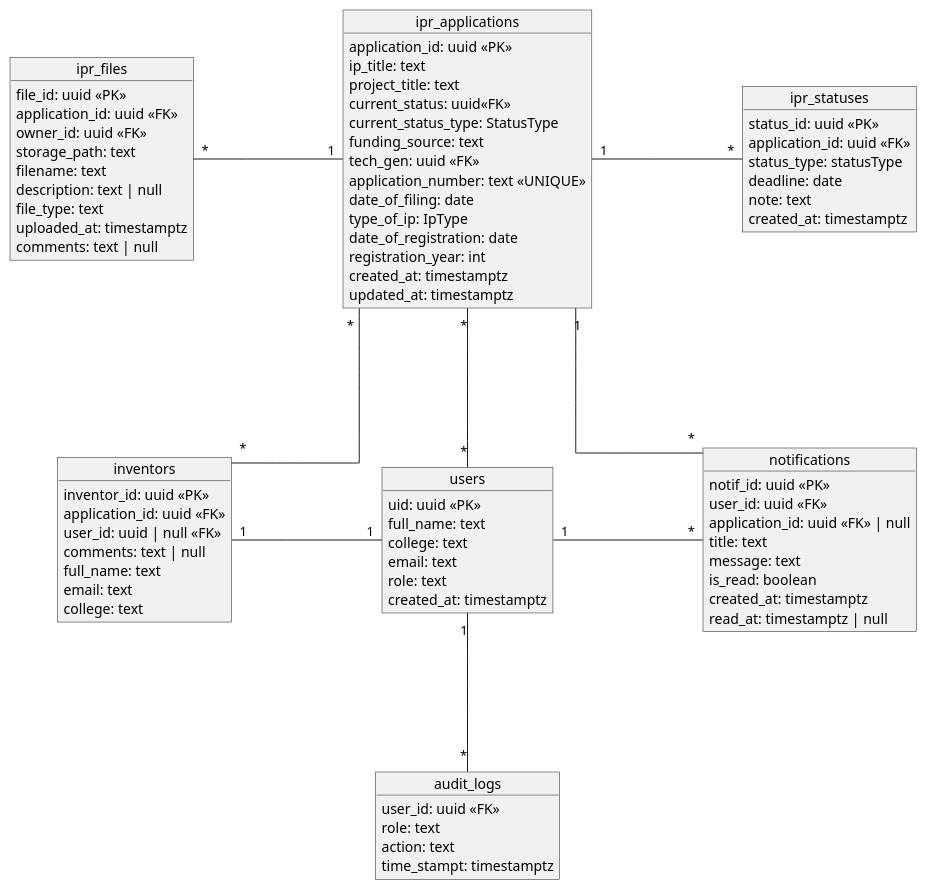
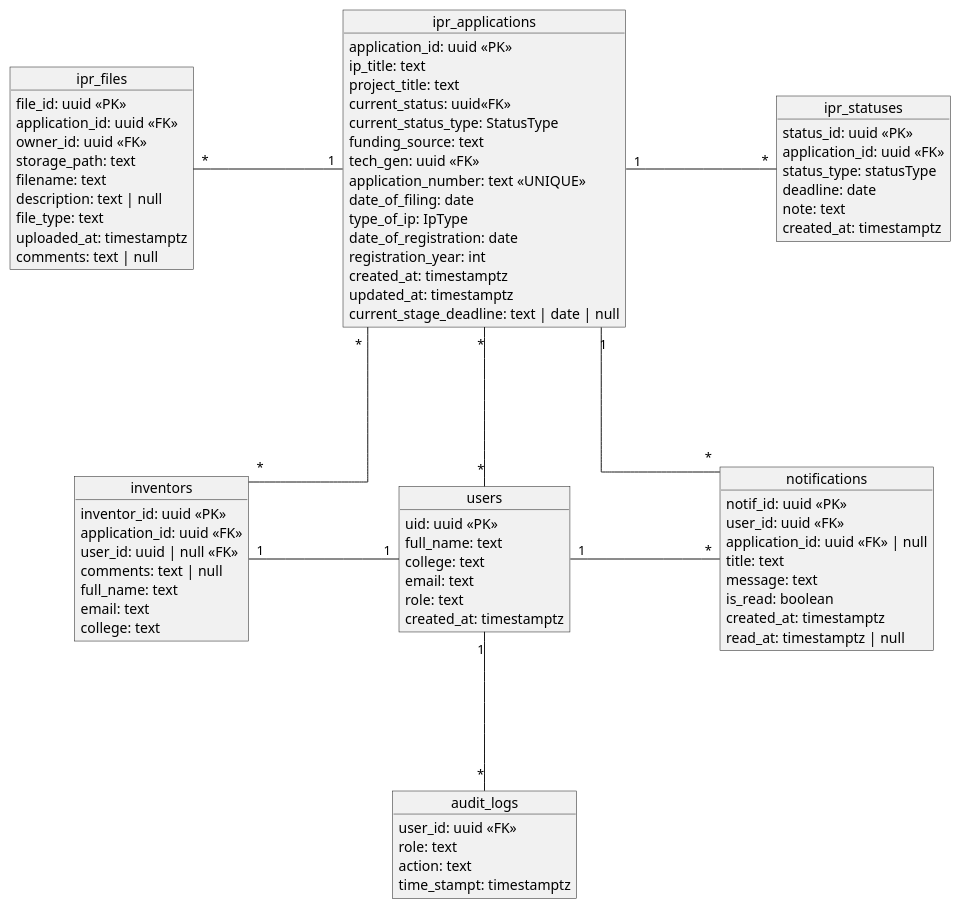
The diagram in uml diagrams code/db_design.wsd (jrolana/iris), drawn with PlantUML before and after one commit. The commit also changed 3 other files, not shown here.

Commit message:
fix(ip-flow): fixed the flow for specific ipr applications

```diff
--- a/uml diagrams code/db_design.wsd
+++ b/uml diagrams code/db_design.wsd
@@ -1,96 +1,97 @@
 @startuml
 
 hide circle
 skinparam objectAttributeIconSize 0
 skinparam linetype ortho
 skinparam NodeSep 150
 skinparam RankSep 140
 
 
 
 object "users" as users {
   uid: uuid <<PK>>
   full_name: text
   college: text
   email: text
   role: text
   created_at: timestamptz
 }
 '
 object "ipr_applications" as applications {
   application_id: uuid <<PK>>
   ip_title: text
   project_title: text
   current_status: uuid<<FK>>
   ' for easy access of type (cached)
   current_status_type: StatusType 
   funding_source: text
   tech_gen: uuid <<FK>>
   application_number: text <<UNIQUE>>
   date_of_filing: date
   type_of_ip: IpType
   date_of_registration: date
   registration_year: int
   created_at: timestamptz
   updated_at: timestamptz
+  current_stage_deadline: text | date | null
 }
 
 object "notifications" as notifs{
   notif_id: uuid <<PK>>
   user_id: uuid <<FK>>
   application_id: uuid <<FK>> | null
   title: text
   message: text
   is_read: boolean
   created_at: timestamptz
   read_at: timestamptz | null
 }
 
 object "ipr_statuses" as statuses {
   status_id: uuid <<PK>>
   application_id: uuid <<FK>>
   status_type: statusType
   deadline: date
   note: text
   created_at: timestamptz
 }
 
 object "ipr_files" as files {
   file_id: uuid <<PK>>
   application_id: uuid <<FK>>
   owner_id: uuid <<FK>>
   storage_path: text
   filename: text
   description: text | null
   file_type: text
   uploaded_at: timestamptz
   comments: text | null
 }
 
 object "inventors" as inv {
   inventor_id: uuid <<PK>>
   application_id: uuid <<FK>>
   user_id: uuid | null <<FK>>
   comments: text | null
   full_name: text
   email: text
   college: text
 }
 
 object "audit_logs"  as aud{
   user_id: uuid <<FK>>
   role: text
   action: text
   time_stampt: timestamptz
 }
 
 applications "1" -left- "*" files
 users "*" -up- "*" applications
 applications "1" -right- "*" statuses
 applications "*" -- "*" inv
 applications "1" -- "*" notifs
 users "1" -right- "*" notifs
 inv "1" -right- "1" users
 users "1" -down- "*" aud
 
 @enduml
```
